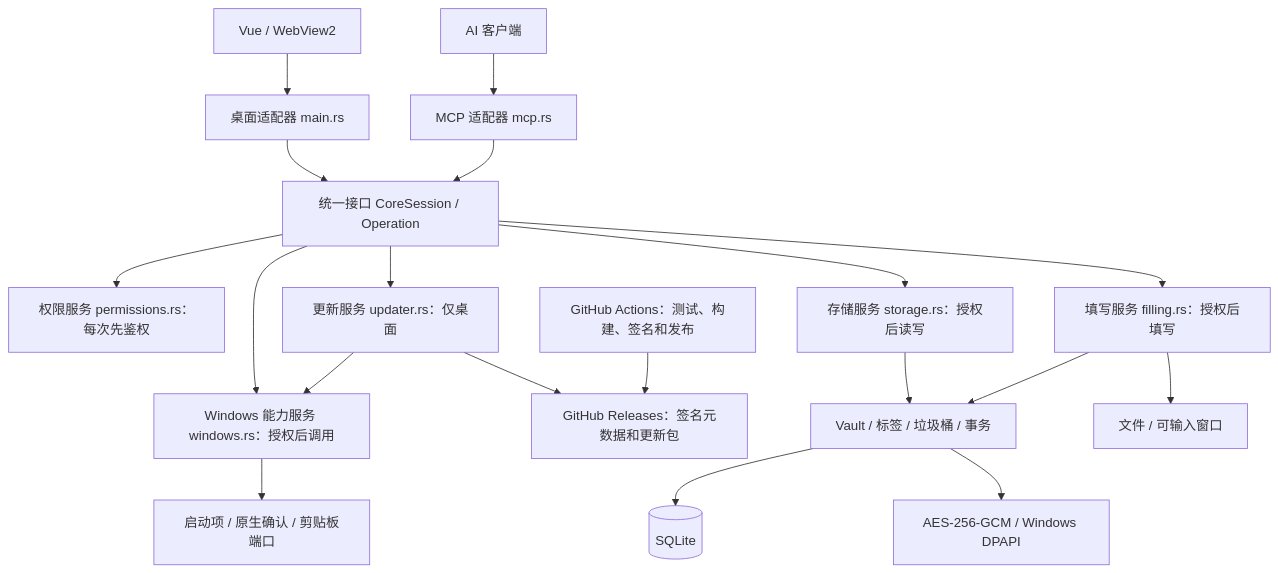
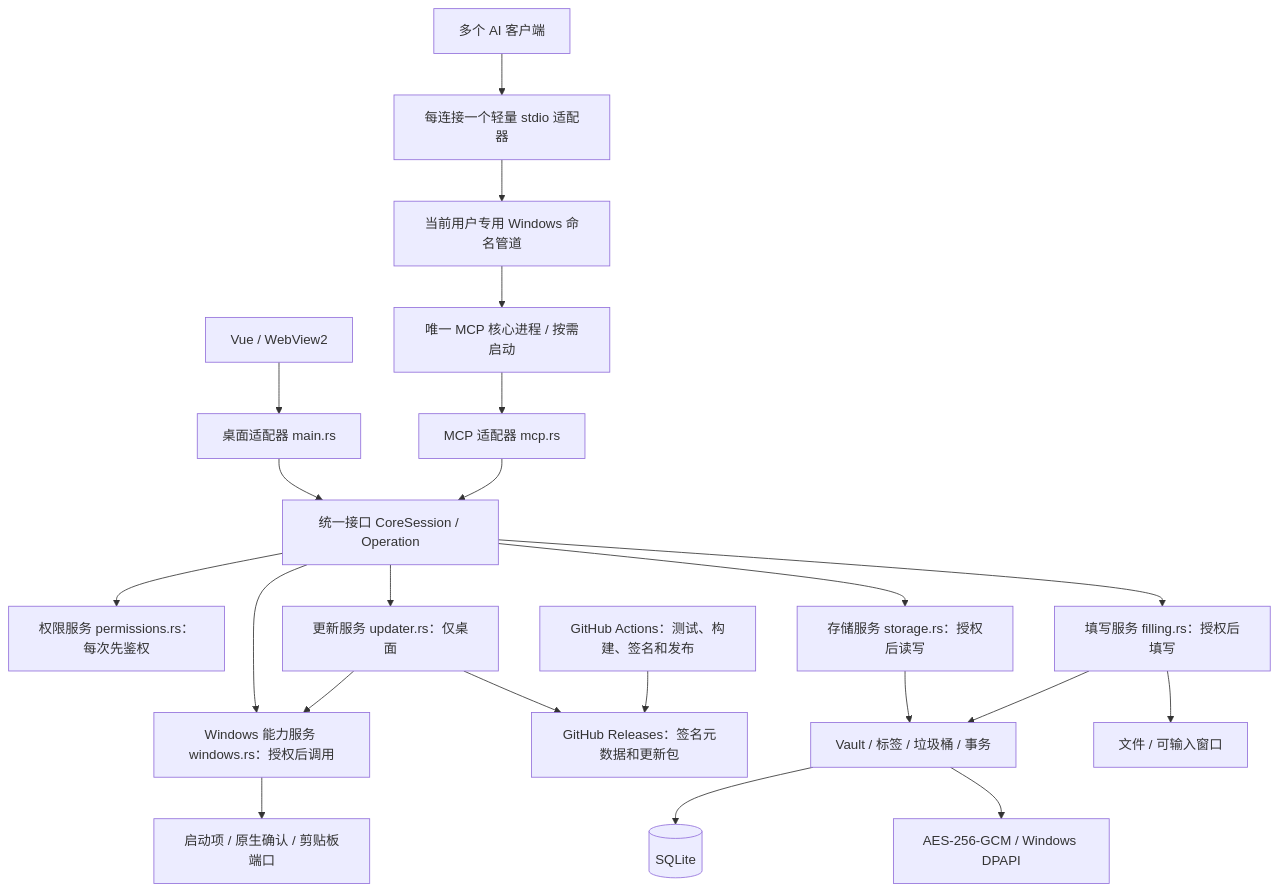
One commit to panda-student/Vault changed the diagram in docs/ARCHITECTURE.md. Above: the diagram before and after it, drawn with Mermaid. The commit also changed other lines of this file and 21 other files, not shown here.

````diff
--- a/docs/ARCHITECTURE.md
+++ b/docs/ARCHITECTURE.md
@@ -5,21 +5,24 @@
 ```mermaid
 flowchart TD
   UI[Vue / WebView2] --> Desktop[桌面适配器 main.rs]
-  AI[AI 客户端] --> MCP[MCP 适配器 mcp.rs]
+  AI[多个 AI 客户端] --> Bridge[每连接一个轻量 stdio 适配器]
+  Bridge --> Pipe[当前用户专用 Windows 命名管道]
+  Pipe --> Shared[唯一 MCP 核心进程 / 按需启动]
+  Shared --> MCP[MCP 适配器 mcp.rs]
   Desktop --> API[统一接口 CoreSession / Operation]
   MCP --> API
   API --> Policy[权限服务 permissions.rs：每次先鉴权]
   API --> Storage[存储服务 storage.rs：授权后读写]
   API --> Filling[填写服务 filling.rs：授权后填写]
   API --> Windows[Windows 能力服务 windows.rs：授权后调用]
   API --> Updater[更新服务 updater.rs：仅桌面]
   Updater --> Windows
   Updater --> Releases[GitHub Releases：签名元数据和更新包]
   Actions[GitHub Actions：测试、构建、签名和发布] --> Releases
   Storage --> Vault[Vault / 标签 / 垃圾桶 / 事务]
   Vault --> Crypto[AES-256-GCM / Windows DPAPI]
   Vault --> DB[(SQLite)]
   Filling --> Vault
   Filling --> Dest[文件 / 可输入窗口]
   Windows --> Native[启动项 / 原生确认 / 剪贴板端口]
 ```
````
